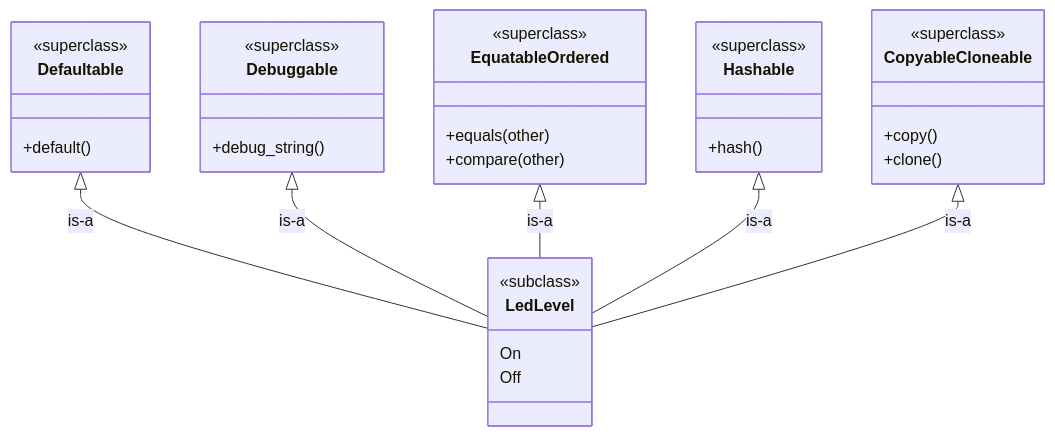
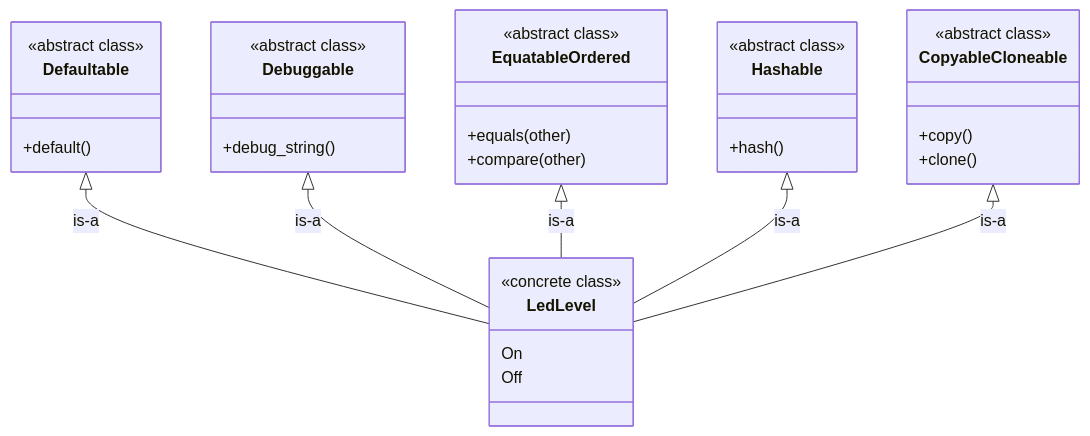
The diagram in examples/4_puzzle.md (CarlKCarlK/inherit), drawn with Mermaid before and after one commit. The commit also changed 8 other files, not shown here.

````diff
--- a/examples/4_puzzle.md
+++ b/examples/4_puzzle.md
@@ -5,43 +5,43 @@
 ```mermaid
 classDiagram
     direction TB
 
     class LedLevel {
-        <<subclass>>
+        <<concrete class>>
         On
         Off
     }
 
     class Defaultable {
-        <<superclass>>
+        <<abstract class>>
         +default()
     }
 
     class Debuggable {
-        <<superclass>>
+        <<abstract class>>
         +debug_string()
     }
 
     class EquatableOrdered {
-        <<superclass>>
+        <<abstract class>>
         +equals(other)
         +compare(other)
     }
 
     class Hashable {
-        <<superclass>>
+        <<abstract class>>
         +hash()
     }
 
     class CopyableCloneable {
-        <<superclass>>
+        <<abstract class>>
         +copy()
         +clone()
     }
 
     Defaultable <|-- LedLevel : is-a
     Debuggable <|-- LedLevel : is-a
     EquatableOrdered <|-- LedLevel : is-a
     Hashable <|-- LedLevel : is-a
     CopyableCloneable <|-- LedLevel : is-a
 ```
````
